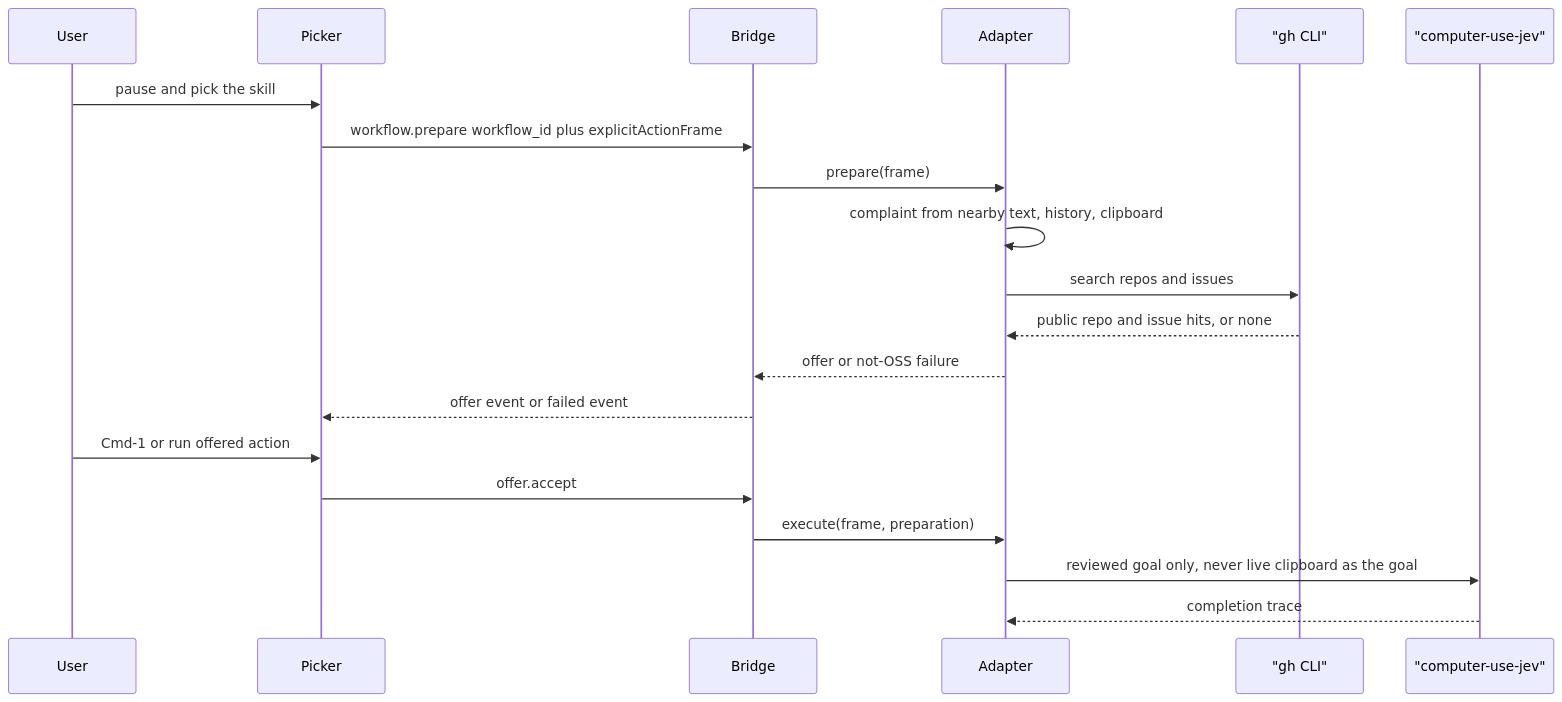
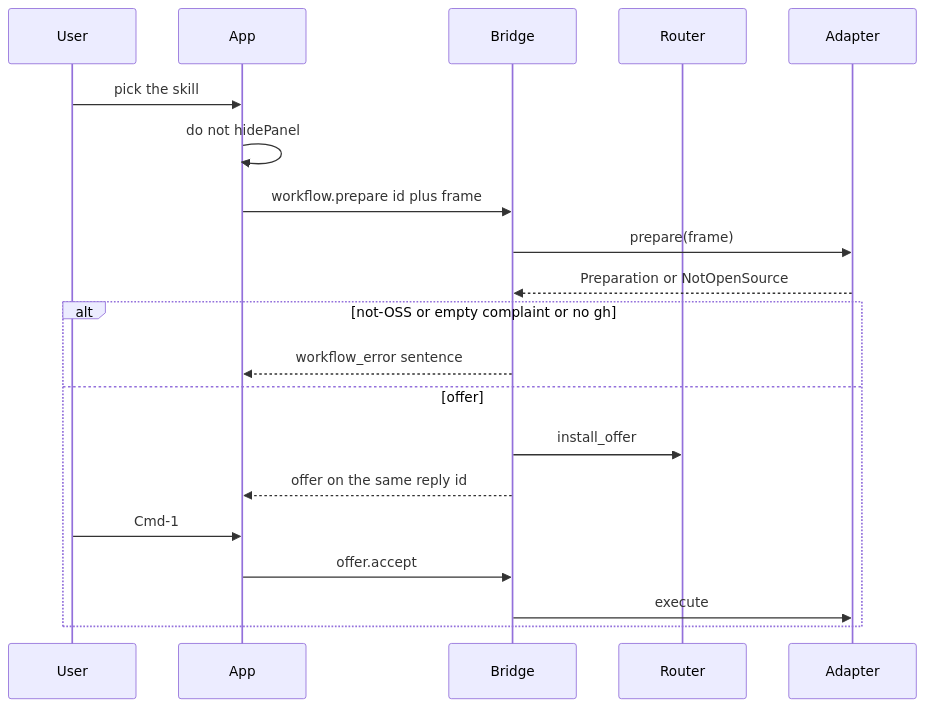
The second of 2 diagrams in memory-bank/active/tasks.md (theodorexli/Caret), drawn with Mermaid before and after one commit. The commit also changed other lines of this file and 3 other files, not shown here.

````diff
--- a/memory-bank/active/tasks.md
+++ b/memory-bank/active/tasks.md
@@ -38,23 +36,23 @@
 ```mermaid
 sequenceDiagram
     participant User
-    participant Picker
+    participant App
     participant Bridge
+    participant Router
     participant Adapter
-    participant Gh as "gh CLI"
-    participant Jev as "computer-use-jev"
 
-    User->>Picker: pause and pick the skill
-    Picker->>Bridge: workflow.prepare workflow_id plus explicitActionFrame
+    User->>App: pick the skill
+    App->>App: do not hidePanel
+    App->>Bridge: workflow.prepare id plus frame
     Bridge->>Adapter: prepare(frame)
-    Adapter->>Adapter: complaint from nearby text, history, clipboard
-    Adapter->>Gh: search repos and issues
-    Gh-->>Adapter: public repo and issue hits, or none
-    Adapter-->>Bridge: offer or not-OSS failure
-    Bridge-->>Picker: offer event or failed event
-    User->>Picker: Cmd-1 or run offered action
-    Picker->>Bridge: offer.accept
-    Bridge->>Adapter: execute(frame, preparation)
-    Adapter->>Jev: reviewed goal only, never live clipboard as the goal
-    Jev-->>Adapter: completion trace
+    Adapter-->>Bridge: Preparation or NotOpenSource
+    alt not-OSS or empty complaint or no gh
+        Bridge-->>App: workflow_error sentence
+    else offer
+        Bridge->>Router: install_offer
+        Bridge-->>App: offer on the same reply id
+        User->>App: Cmd-1
+        App->>Bridge: offer.accept
+        Bridge->>Adapter: execute
+    end
 ```
````
